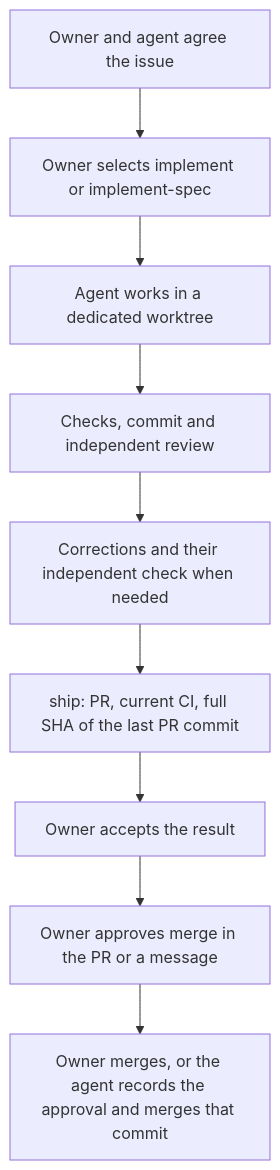
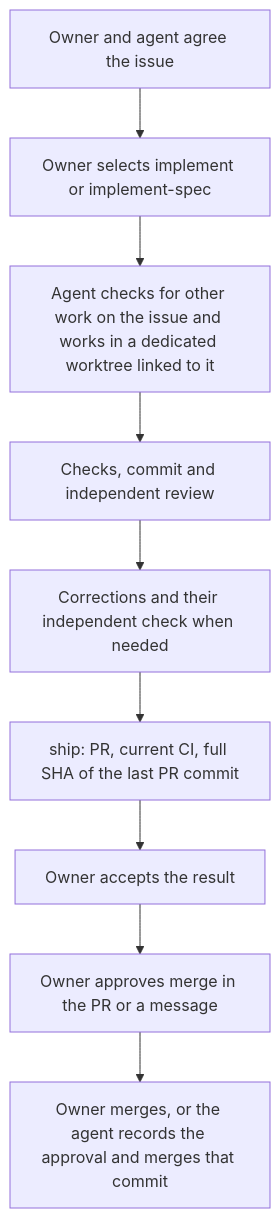
One commit to KirillSachkov/agent-harness changed the diagram in docs/process.en.md. Above: the diagram before and after it, drawn with Mermaid. The commit also changed other lines of this file and 6 other files, not shown here.

````diff
--- a/docs/process.en.md
+++ b/docs/process.en.md
@@ -9,11 +9,11 @@
 ```mermaid
 flowchart TD
     A["Owner and agent agree the issue"] --> B["Owner selects implement or implement-spec"]
-    B --> C["Agent works in a dedicated worktree"]
+    B --> C["Agent checks for other work on the issue and works in a dedicated worktree linked to it"]
     C --> D["Checks, commit and independent review"]
     D --> E["Corrections and their independent check when needed"]
     E --> F["ship: PR, current CI, full SHA of the last PR commit"]
     F --> G["Owner accepts the result"]
     G --> H["Owner approves merge in the PR or a message"]
     H --> I["Owner merges, or the agent records the approval and merges that commit"]
 ```
````
